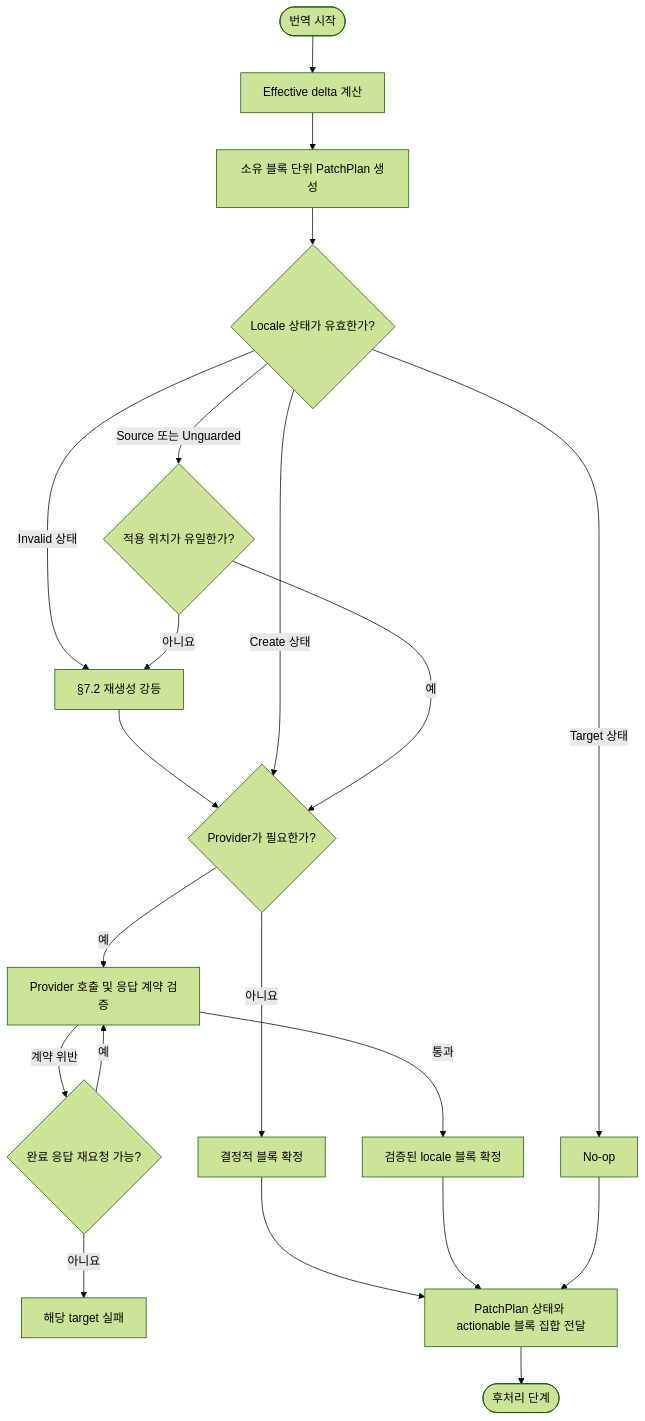
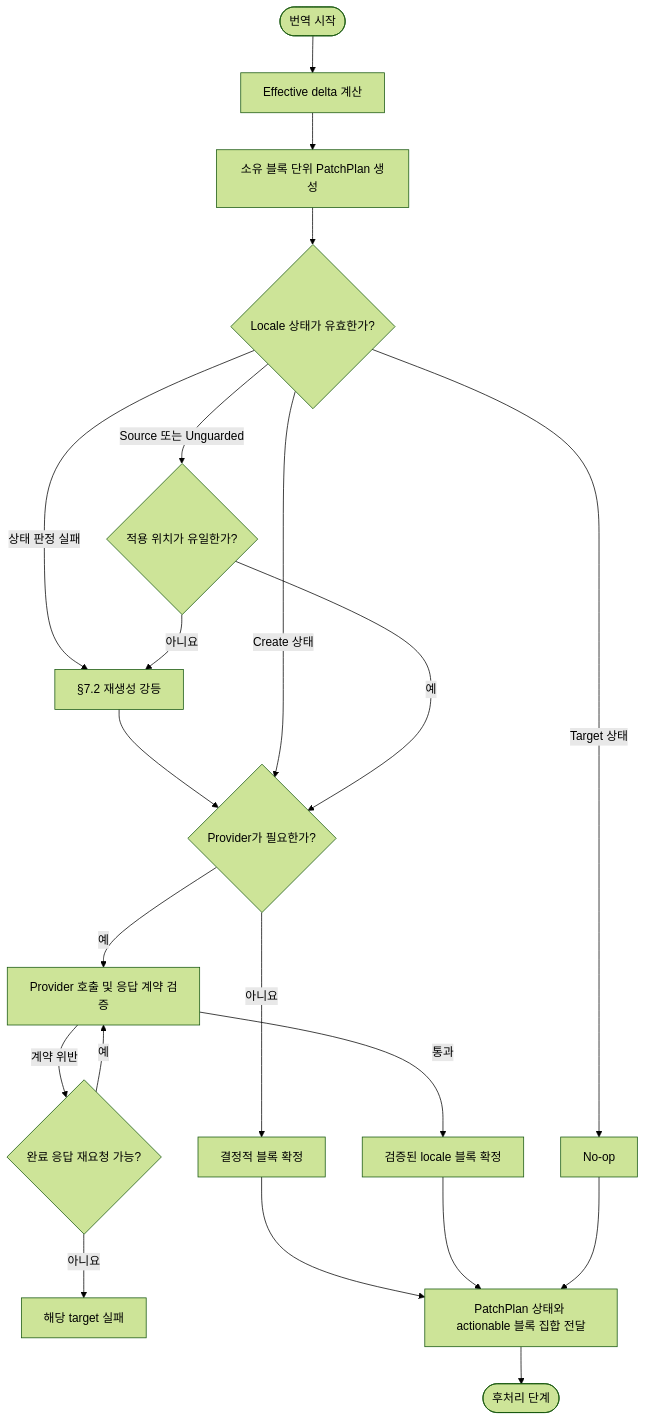
The diagram in translation-sync/docs/02-translation.md (letsescape/laravel-docs), drawn with Mermaid (forest theme) before and after one commit. The commit also changed other lines of this file and 8 other files, not shown here.

````diff
--- a/translation-sync/docs/02-translation.md
+++ b/translation-sync/docs/02-translation.md
@@ -11,23 +11,23 @@
 ```mermaid
 flowchart TD
     A([번역 시작]) --> B[Effective delta 계산]
     B --> C[소유 블록 단위 PatchPlan 생성]
     C --> D{Locale 상태가 유효한가?}
     D -- Target 상태 --> N[No-op]
-    D -- Invalid 상태 --> R[§7.2 재생성 강등]
+    D -- 상태 판정 실패 --> R[§7.2 재생성 강등]
     R --> F
     D -- Create 상태 --> F{Provider가 필요한가?}
     D -- Source 또는 Unguarded --> E{적용 위치가 유일한가?}
     E -- 아니요 --> R
     E -- 예 --> F{Provider가 필요한가?}
     F -- 아니요 --> G[결정적 블록 확정]
     F -- 예 --> H[Provider 호출 및 응답 계약 검증]
     H -- 계약 위반 --> I{완료 응답 재요청 가능?}
     I -- 예 --> H
     I -- 아니요 --> X[해당 target 실패]
     H -- 통과 --> J[검증된 locale 블록 확정]
     G --> K[PatchPlan 상태와 actionable 블록 집합 전달]
     J --> K
     N --> K
     K --> L([후처리 단계])
 ```
````
